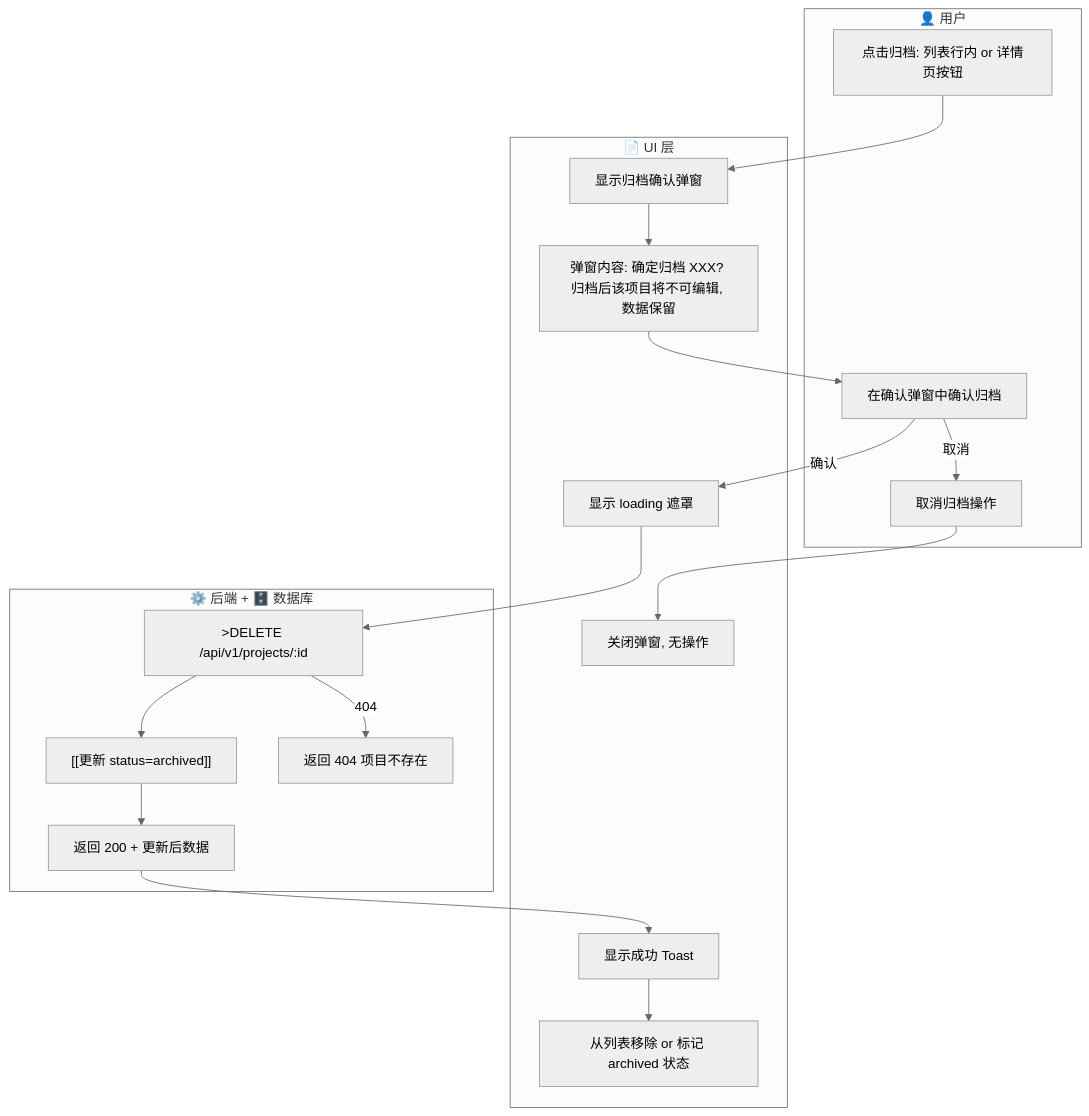
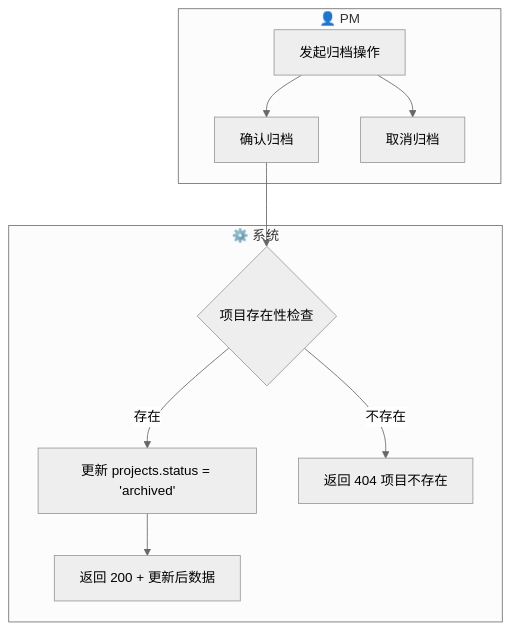
Before and after one commit to kai-cui1/ai-prototype-manager: the third of 3 diagrams in docs/03-prd-ux/modules/project-management/project-management-prd.md, drawn with Mermaid (neutral theme). The commit also changed other lines of this file and 144 other files, not shown here.

````diff
--- a/docs/03-prd-ux/modules/project-management/project-management-prd.md
+++ b/docs/03-prd-ux/modules/project-management/project-management-prd.md
@@ -200,37 +152,22 @@
 ```mermaid
 flowchart TD
-    subgraph User["👤 用户"]
-        U1["点击归档: 列表行内 or 详情页按钮"]
-        U2["在确认弹窗中确认归档"]
-        U3["取消归档操作"]
+    subgraph Actor["👤 PM"]
+        U1["发起归档操作"]
+        U2["确认归档"]
+        U3["取消归档"]
     end
 
-    subgraph UI["📄 UI 层"]
-        M1["显示归档确认弹窗"]
-        M2["弹窗内容: 确定归档 XXX? 归档后该项目将不可编辑, 数据保留"]
-        M3["关闭弹窗, 无操作"]
-        M4["显示 loading 遮罩"]
-        M5["显示成功 Toast"]
-        M6["从列表移除 or 标记 archived 状态"]
+    subgraph System["⚙️ 系统"]
+        S1{"项目存在性检查"}
+        S2["更新 projects.status = 'archived'"]
+        S3["返回 200 + 更新后数据"]
+        S4["返回 404 项目不存在"]
     end
 
-    subgraph API_DB["⚙️ 后端 + 🗄️ 数据库"]
-        A1[">DELETE /api/v1/projects/:id"]
-        A2["[[更新 status=archived]]"]
-        A3["返回 200 + 更新后数据"]
-        A4["返回 404 项目不存在"]
-    end
-
-    U1 --> M1
-    M1 --> M2
-    M2 --> U2
-    U2 --> |确认| M4
-    U2 --> |取消| U3
-    U3 --> M3
-    M4 --> A1
-    A1 --> A2
-    A2 --> A3
-    A3 --> M5
-    M5 --> M6
-    A1 --> |404| A4
+    U1 --> U2
+    U1 --> U3
+    U2 --> S1
+    S1 --> |存在| S2
+    S1 --> |不存在| S4
+    S2 --> S3
 ```
````
